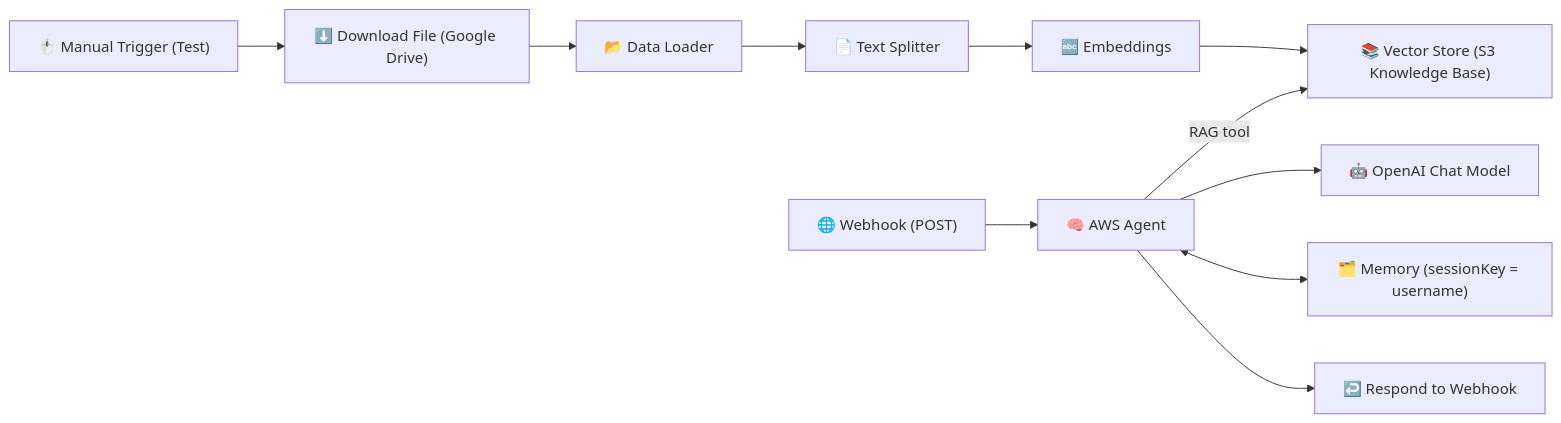
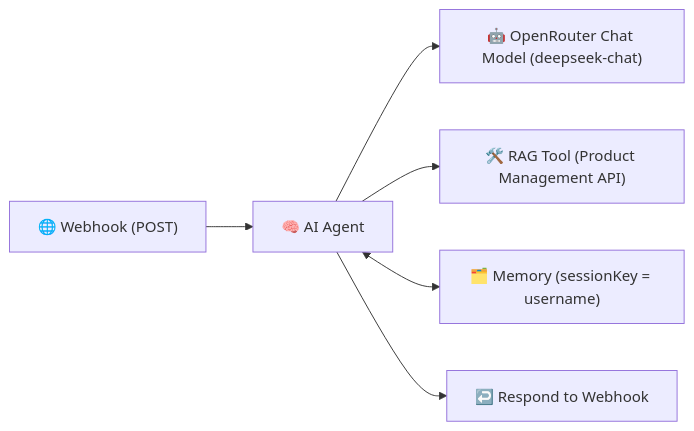
Before and after one commit to traversaal-ai/agents-in-action: the diagram in n8n - Get Started/301-webhook-rag/README.md, drawn with Mermaid. The commit also changed other lines of this file and 1 other file, not shown here.

Commit message:
update 301 to use openRouter and traversaal pro rag

````diff
--- a/n8n - Get Started/301-webhook-rag/README.md
+++ b/n8n - Get Started/301-webhook-rag/README.md
@@ -21,14 +22,8 @@
 ```mermaid
 graph LR
-  J["🖱️ Manual Trigger (Test)"] --> I["⬇️ Download File (Google Drive)"]
-  I --> H["📂 Data Loader"]
-  H --> G["📄 Text Splitter"]
-  G --> F["🔤 Embeddings"]
-  F --> E["📚 Vector Store (S3 Knowledge Base)"]
-
-  A["🌐 Webhook (POST)"] --> B["🧠 AWS Agent"]
-  B --> C["🤖 OpenAI Chat Model"]
-  B <--> D["🗂️ Memory (sessionKey = username)"]
-  B --> K["↩️ Respond to Webhook"]
-  B -->|RAG tool| E
+  A["🌐 Webhook (POST)"] --> B["🧠 AI Agent"]
+  B --> C["🤖 OpenRouter Chat Model (deepseek-chat)"]
+  B --> D["🛠️ RAG Tool (Product Management API)"]
+  B <--> E["🗂️ Memory (sessionKey = username)"]
+  B --> F["↩️ Respond to Webhook"]
 ```
````
